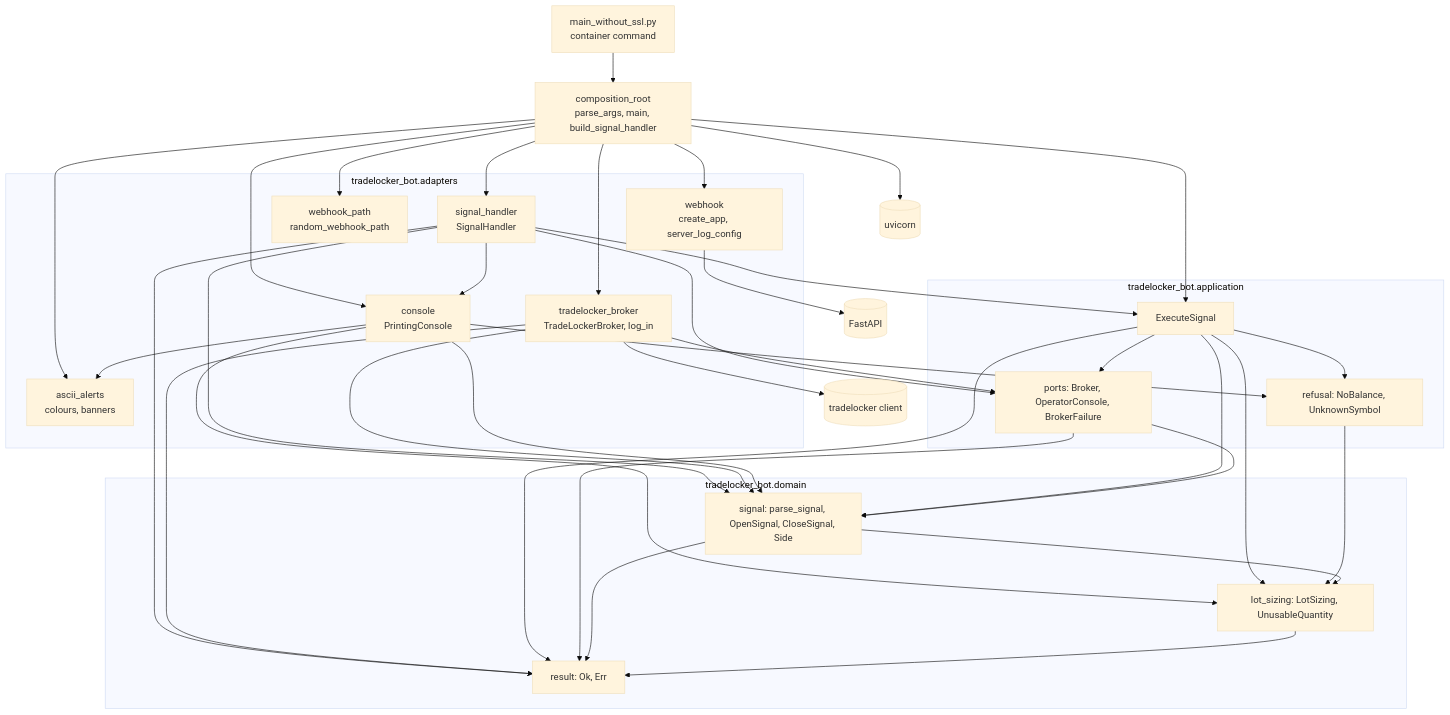
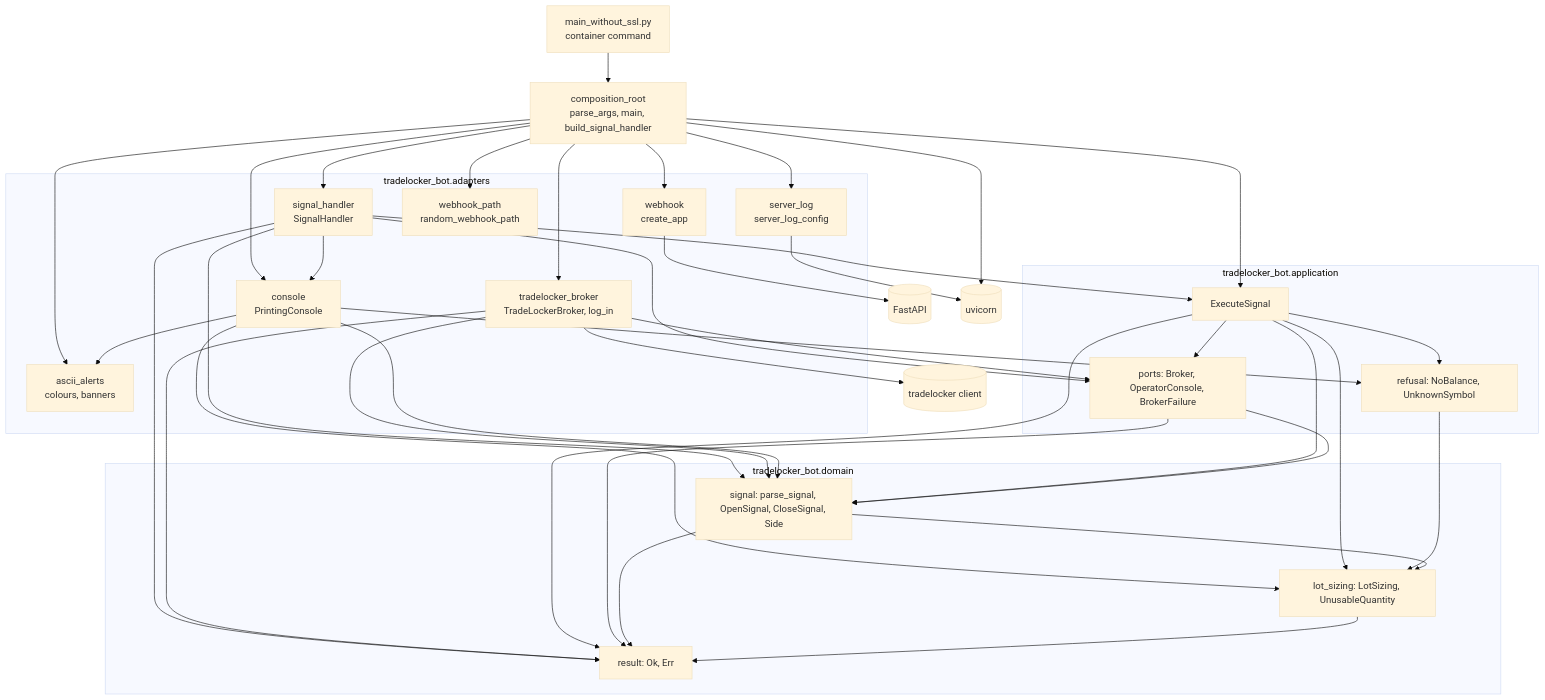
The first of 6 diagrams in docs/architecture.md (Akinzou/TradeLockerBot), drawn with Mermaid (base theme) before and after one commit. The commit also changed other lines of this file and 8 other files, not shown here.

First line of the commit message:
refactor: move the log settings out of the webhook adapter; harden the pins

````diff
--- a/docs/architecture.md
+++ b/docs/architecture.md
@@ -35,36 +35,38 @@
 ```mermaid
 flowchart TB
     EP[main_without_ssl.py<br/>container command]
     CR[composition_root<br/>parse_args, main, build_signal_handler]
     subgraph adapters [tradelocker_bot.adapters]
-        WH[webhook<br/>create_app, server_log_config]
+        WH[webhook<br/>create_app]
+        SL[server_log<br/>server_log_config]
         SH[signal_handler<br/>SignalHandler]
         TLB[tradelocker_broker<br/>TradeLockerBroker, log_in]
         PC[console<br/>PrintingConsole]
         AA[ascii_alerts<br/>colours, banners]
         WP[webhook_path<br/>random_webhook_path]
     end
     subgraph application [tradelocker_bot.application]
         ES[ExecuteSignal]
         PORTS[ports: Broker, OperatorConsole, BrokerFailure]
         REF[refusal: NoBalance, UnknownSymbol]
     end
     subgraph domain [tradelocker_bot.domain]
         SIG[signal: parse_signal, OpenSignal, CloseSignal, Side]
         LS[lot_sizing: LotSizing, UnusableQuantity]
         RES[result: Ok, Err]
     end
     EP --> CR
-    CR --> WH & SH & TLB & PC & AA & WP & ES
+    CR --> WH & SL & SH & TLB & PC & AA & WP & ES
     SH --> PC & ES & PORTS & RES & SIG
     TLB --> PORTS & RES & SIG
     PC --> AA & REF & LS & SIG
     ES --> PORTS & REF & LS & RES & SIG
     PORTS --> RES & SIG
     REF --> LS
     SIG --> LS & RES
     LS --> RES
     WH --> FASTAPI[(FastAPI)]
     CR --> UVICORN[(uvicorn)]
+    SL --> UVICORN
     TLB --> CLIENT[(tradelocker client)]
 ```
````
